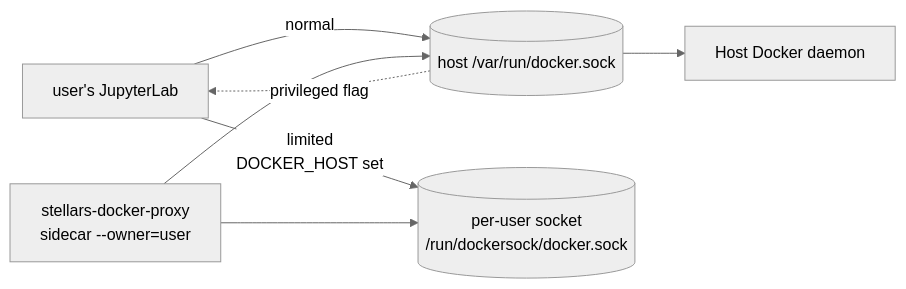
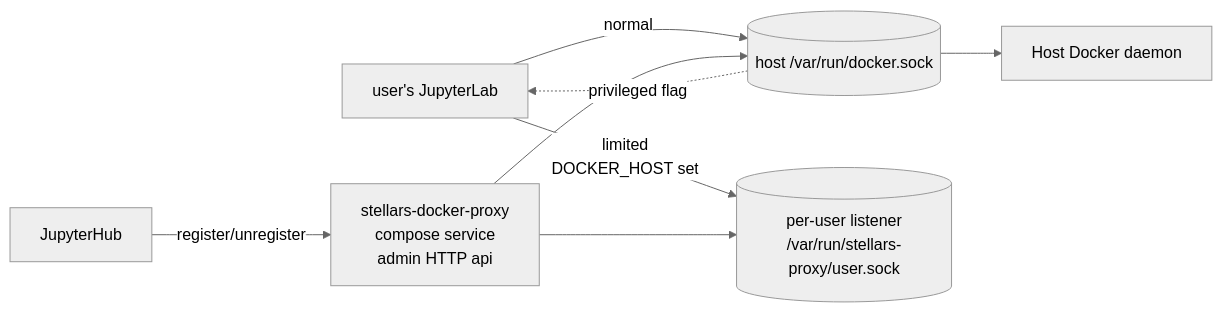
The diagram in docs/jupyterhub-working-with-docker.md (stellarshenson/stellars-jupyterhub-ds), drawn with Mermaid (neutral theme) before and after one commit. The commit also changed other lines of this file and 14 other files, not shown here.

First line of the commit message:
feat(docker-limited): central proxy with register/unregister, kill per-user sidecars

````diff
--- a/docs/jupyterhub-working-with-docker.md
+++ b/docs/jupyterhub-working-with-docker.md
@@ -41,14 +41,16 @@
 ```mermaid
 flowchart LR
     USER[user's JupyterLab]
     SOCK_RAW[(host /var/run/docker.sock)]
-    SOCK_PROXY[(per-user socket<br/>/run/dockersock/docker.sock)]
-    SIDECAR[stellars-docker-proxy<br/>sidecar --owner=user]
+    SOCK_PROXY[(per-user listener<br/>/var/run/stellars-proxy/user.sock)]
+    PROXY[stellars-docker-proxy<br/>compose service<br/>admin HTTP api]
+    HUB[JupyterHub]
     DAEMON[Host Docker daemon]
 
+    HUB -->|register/unregister| PROXY
     USER -->|normal| SOCK_RAW --> DAEMON
     USER -->|limited<br/>DOCKER_HOST set| SOCK_PROXY
-    SIDECAR --> SOCK_PROXY
-    SIDECAR --> SOCK_RAW
+    PROXY --> SOCK_PROXY
+    PROXY --> SOCK_RAW
     SOCK_RAW -.privileged flag.-> USER
 ```
````
